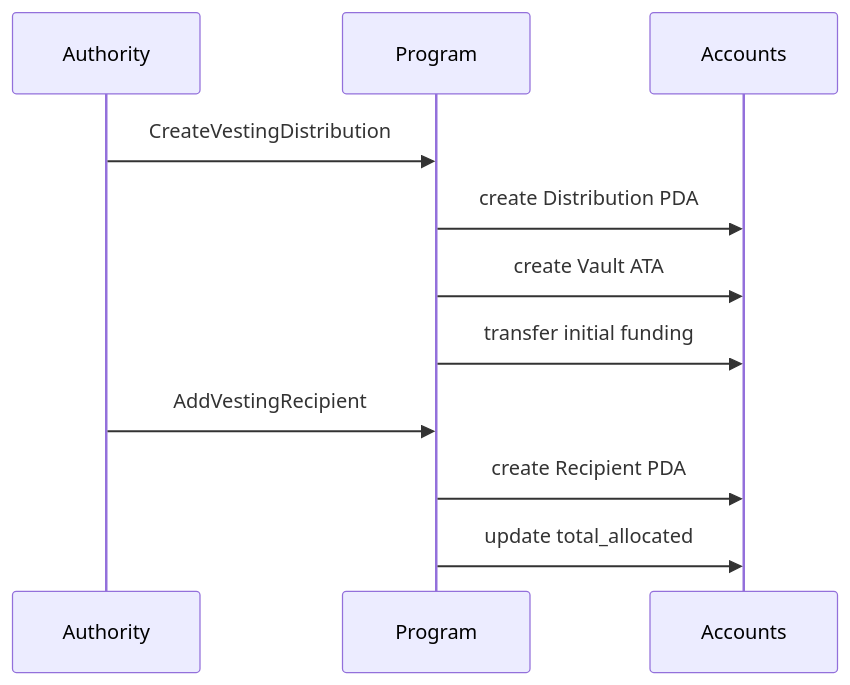
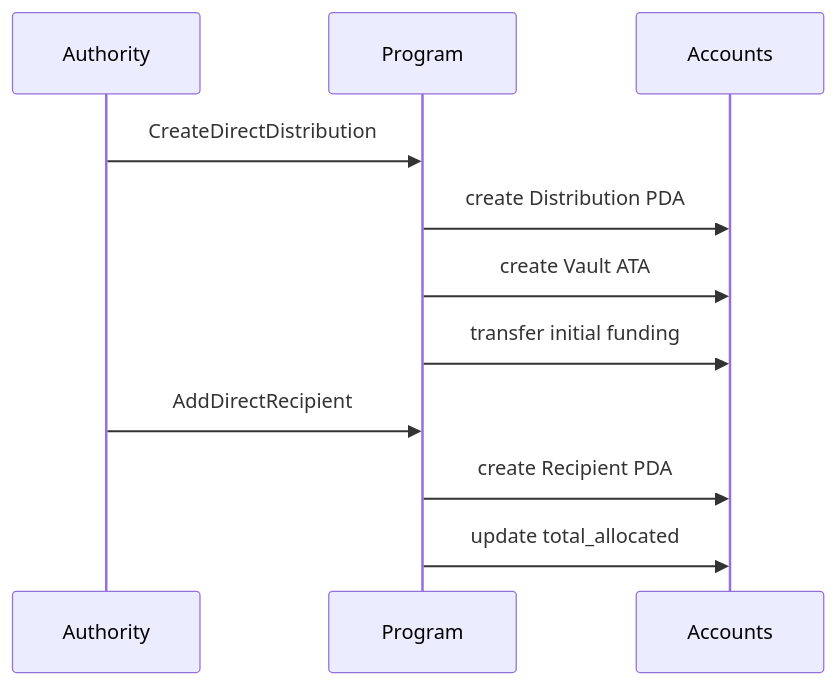
Before and after one commit to solana-program/rewards: the first of 5 diagrams in README.md, drawn with Mermaid. The commit also changed other lines of this file and 119 other files, not shown here.

````diff
--- a/README.md
+++ b/README.md
@@ -40,15 +65,15 @@
 ```mermaid
 sequenceDiagram
     participant Authority
     participant Program
     participant Accounts
 
-    Authority->>Program: CreateVestingDistribution
+    Authority->>Program: CreateDirectDistribution
     Program->>Accounts: create Distribution PDA
     Program->>Accounts: create Vault ATA
     Program->>Accounts: transfer initial funding
 
-    Authority->>Program: AddVestingRecipient
+    Authority->>Program: AddDirectRecipient
     Program->>Accounts: create Recipient PDA
     Program->>Accounts: update total_allocated
 ```
````
